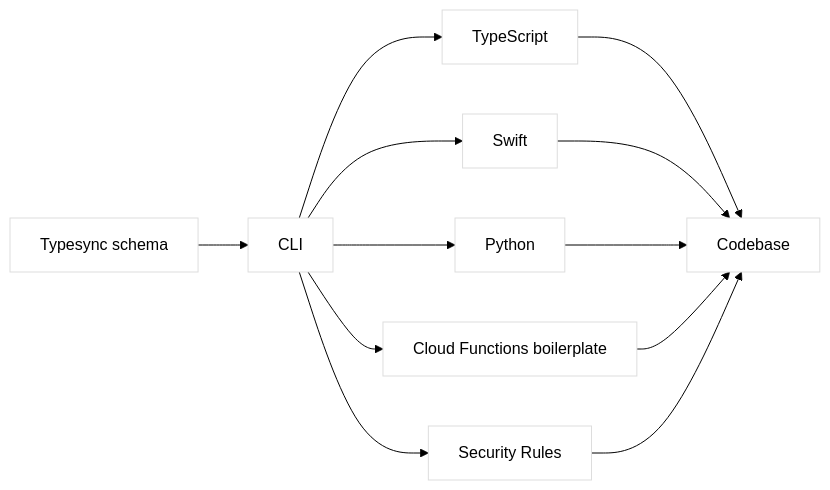
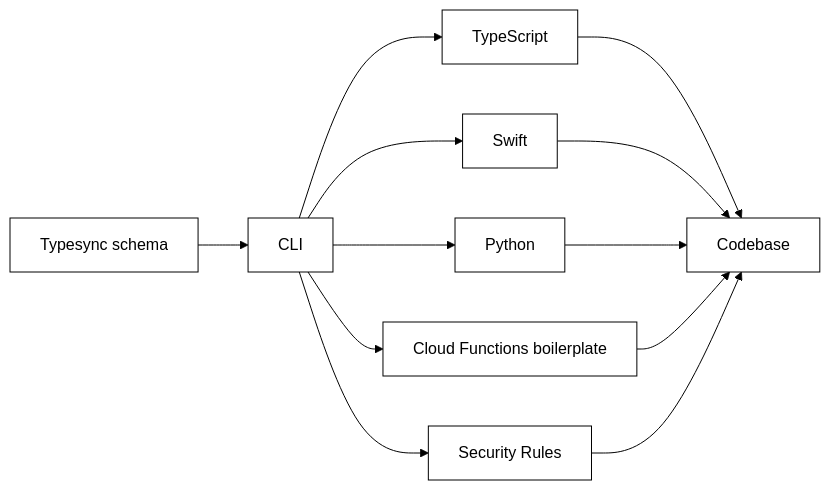
One commit to kafkas/typesync changed the diagram in README.md. Above: the diagram before and after it, drawn with Mermaid.

Commit message:
Update border color

````diff
--- a/README.md
+++ b/README.md
@@ -28,28 +28,28 @@
 ```mermaid
 %%{
   init: {
     'theme': 'base',
     'themeVariables': {
       'primaryColor': '#fff',
       'primaryTextColor': '#000',
-      'primaryBorderColor': '#dddddd',
+      'primaryBorderColor': '#000',
       'lineColor': '#000',
       'secondaryColor': '#006100',
       'tertiaryColor': '#fff'
     }
   }
 }%%
 graph LR;
     A[Typesync schema];
     A --> B[CLI];
     B --> C[TypeScript];
     B --> D[Swift];
     B --> E[Python];
     B --> F[Cloud Functions boilerplate];
     B --> G[Security Rules];
     C --> H[Codebase];
     D --> H;
     E --> H;
     F --> H;
     G --> H;
 ```
````
